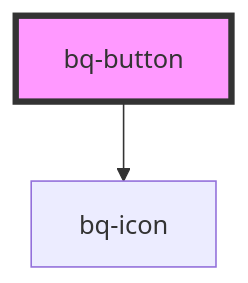
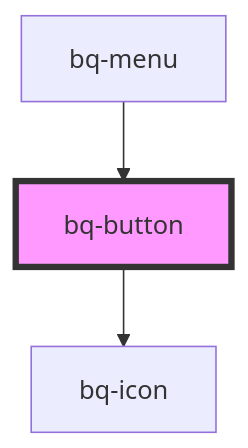
The diagram in packages/bee-q/src/components/button/readme.md (Endava/BEEQ), drawn with Mermaid before and after one commit. The commit also changed other lines of this file and 5 other files, not shown here.

First line of the commit message:
feat(menu): add bq-button in footer

````diff
--- a/packages/bee-q/src/components/button/readme.md
+++ b/packages/bee-q/src/components/button/readme.md
@@ -53,5 +57,6 @@
 ```mermaid
 graph TD;
   bq-button --> bq-icon
+  bq-menu --> bq-button
   style bq-button fill:#f9f,stroke:#333,stroke-width:4px
 ```
````
